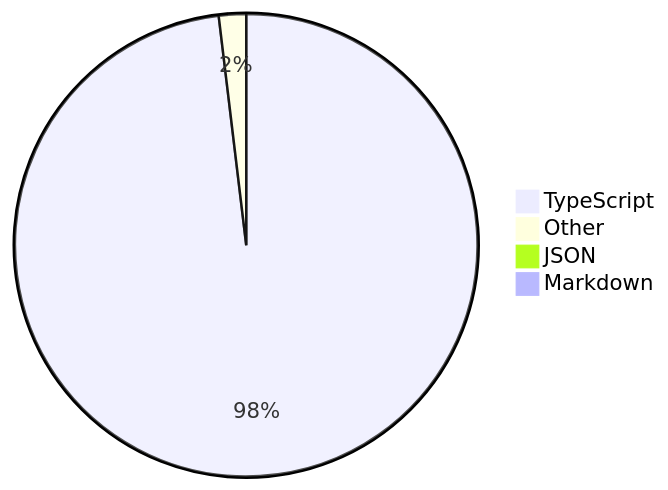
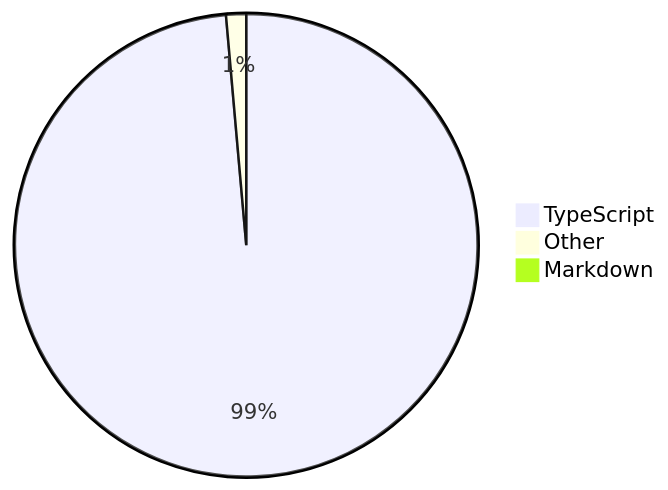
The diagram in README.md (skvggor/skvggor), drawn with Mermaid before and after one commit.

Commit message:
Updated waka-readme graph with new metrics

````diff
--- a/README.md
+++ b/README.md
@@ -28,7 +28,6 @@
 ```mermaid
 pie
-    "TypeScript" : 97.8
-    "Other" : 1.9
-    "JSON" : 0.3
+    "TypeScript" : 98.5
+    "Other" : 1.4
     "Markdown" : 0.0
 ```
````
